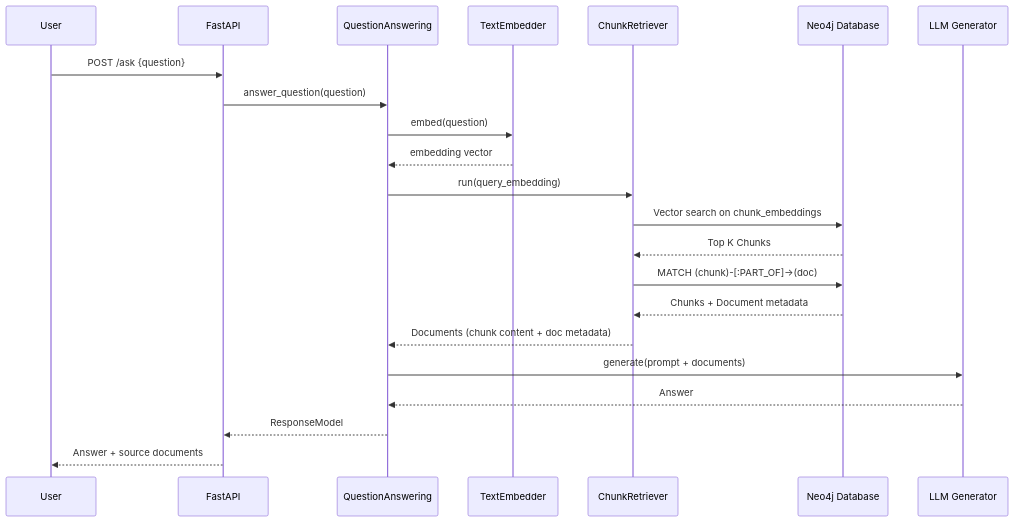
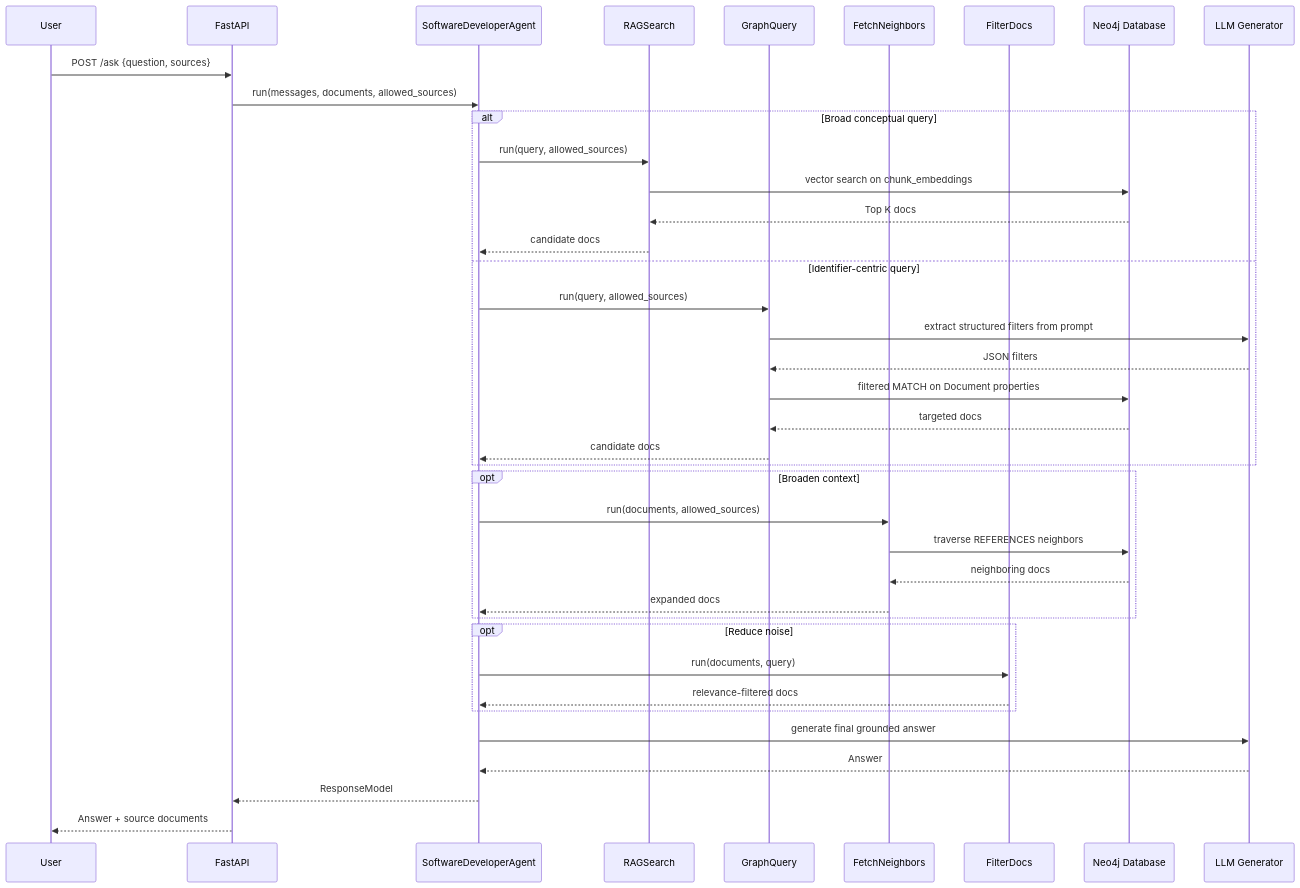
The fourth of 6 diagrams in docs/ARCHITECTURE.md (TrisNol/project-kraken), drawn with Mermaid before and after one commit. The commit also changed other lines of this file and 2 other files, not shown here.

````diff
--- a/docs/ARCHITECTURE.md
+++ b/docs/ARCHITECTURE.md
@@ -188,28 +216,46 @@
 ```mermaid
 sequenceDiagram
     participant User
     participant API as FastAPI
-    participant QA as QuestionAnswering
-    participant TextEmb as TextEmbedder
-    participant Retriever as ChunkRetriever
+    participant Agent as SoftwareDeveloperAgent
+    participant RAG as RAGSearch
+    participant GQ as GraphQuery
+    participant FN as FetchNeighbors
+    participant FD as FilterDocs
     participant Neo4j as Neo4j Database
     participant LLM as LLM Generator
     
-    User->>API: POST /ask {question}
-    API->>QA: answer_question(question)
-    
-    QA->>TextEmb: embed(question)
-    TextEmb-->>QA: embedding vector
-    
-    QA->>Retriever: run(query_embedding)
-    Retriever->>Neo4j: Vector search on chunk_embeddings
-    Neo4j-->>Retriever: Top K Chunks
-    Retriever->>Neo4j: MATCH (chunk)-[:PART_OF]->(doc)
-    Neo4j-->>Retriever: Chunks + Document metadata
-    Retriever-->>QA: Documents (chunk content + doc metadata)
-    
-    QA->>LLM: generate(prompt + documents)
-    LLM-->>QA: Answer
-    QA-->>API: ResponseModel
+    User->>API: POST /ask {question, sources}
+    API->>Agent: run(messages, documents, allowed_sources)
+
+    alt Broad conceptual query
+        Agent->>RAG: run(query, allowed_sources)
+        RAG->>Neo4j: vector search on chunk_embeddings
+        Neo4j-->>RAG: Top K docs
+        RAG-->>Agent: candidate docs
+    else Identifier-centric query
+        Agent->>GQ: run(query, allowed_sources)
+        GQ->>LLM: extract structured filters from prompt
+        LLM-->>GQ: JSON filters
+        GQ->>Neo4j: filtered MATCH on Document properties
+        Neo4j-->>GQ: targeted docs
+        GQ-->>Agent: candidate docs
+    end
+
+    opt Broaden context
+        Agent->>FN: run(documents, allowed_sources)
+        FN->>Neo4j: traverse REFERENCES neighbors
+        Neo4j-->>FN: neighboring docs
+        FN-->>Agent: expanded docs
+    end
+
+    opt Reduce noise
+        Agent->>FD: run(documents, query)
+        FD-->>Agent: relevance-filtered docs
+    end
+
+    Agent->>LLM: generate final grounded answer
+    LLM-->>Agent: Answer
+    Agent-->>API: ResponseModel
     API-->>User: Answer + source documents
 ```
````
